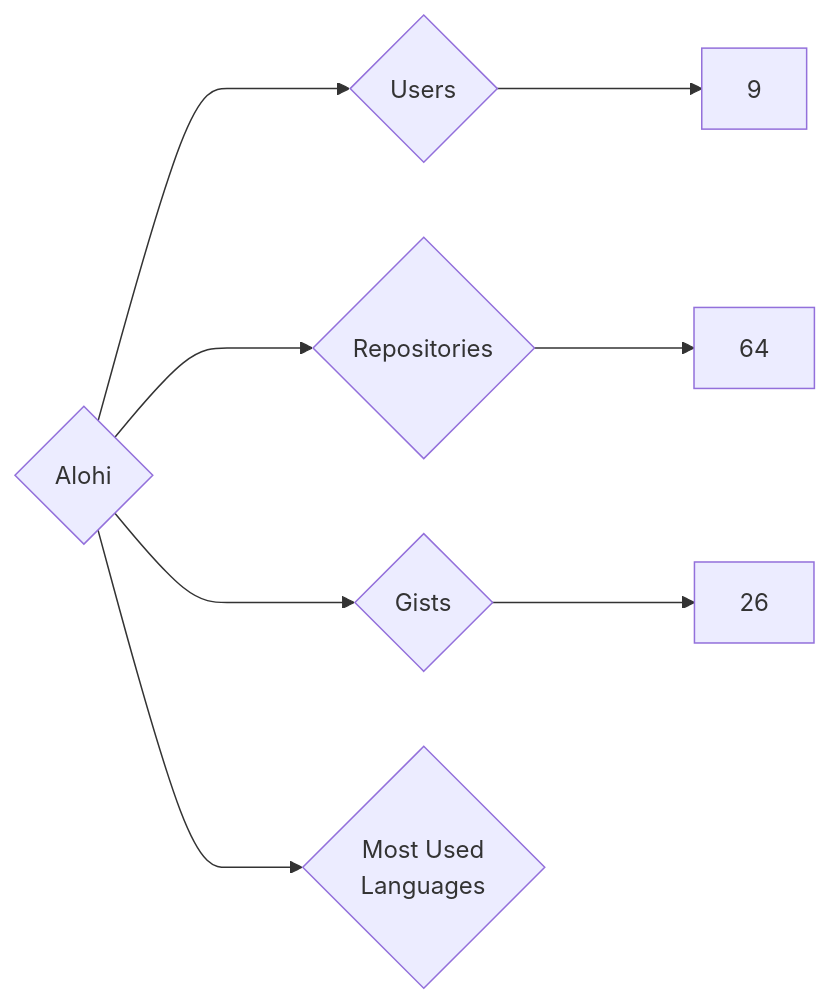
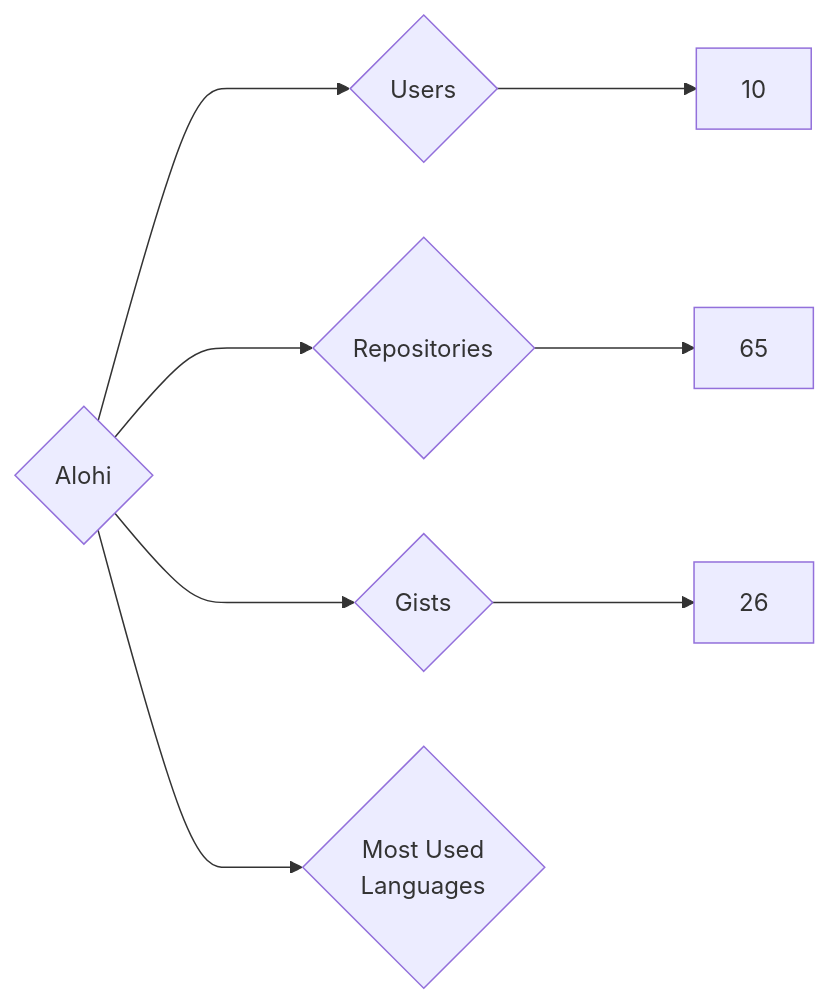
Before and after one commit to nenadzaric/insiders: the diagram in targets/Alohi/README.md, drawn with Mermaid. The commit also changed 2877 other files, not shown here.

````diff
--- a/targets/Alohi/README.md
+++ b/targets/Alohi/README.md
@@ -3,8 +3,8 @@
 ```mermaid
 graph LR
 COMPANY_NAME{Alohi}
-COMPANY_NAME ---> U{Users} ---> UN[9]
-COMPANY_NAME ---> R{Repositories} ---> RN[64]
+COMPANY_NAME ---> U{Users} ---> UN[10]
+COMPANY_NAME ---> R{Repositories} ---> RN[65]
 COMPANY_NAME ---> G{Gists} ---> GN[26]
 COMPANY_NAME ---> ML{Most Used<br>Languages}
 ```
````
